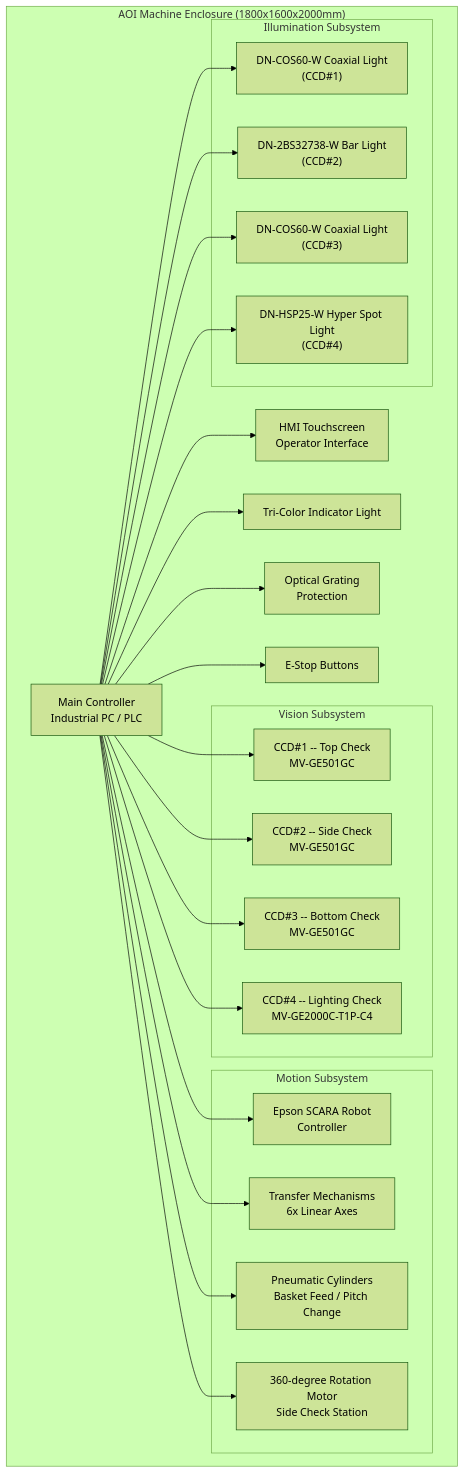
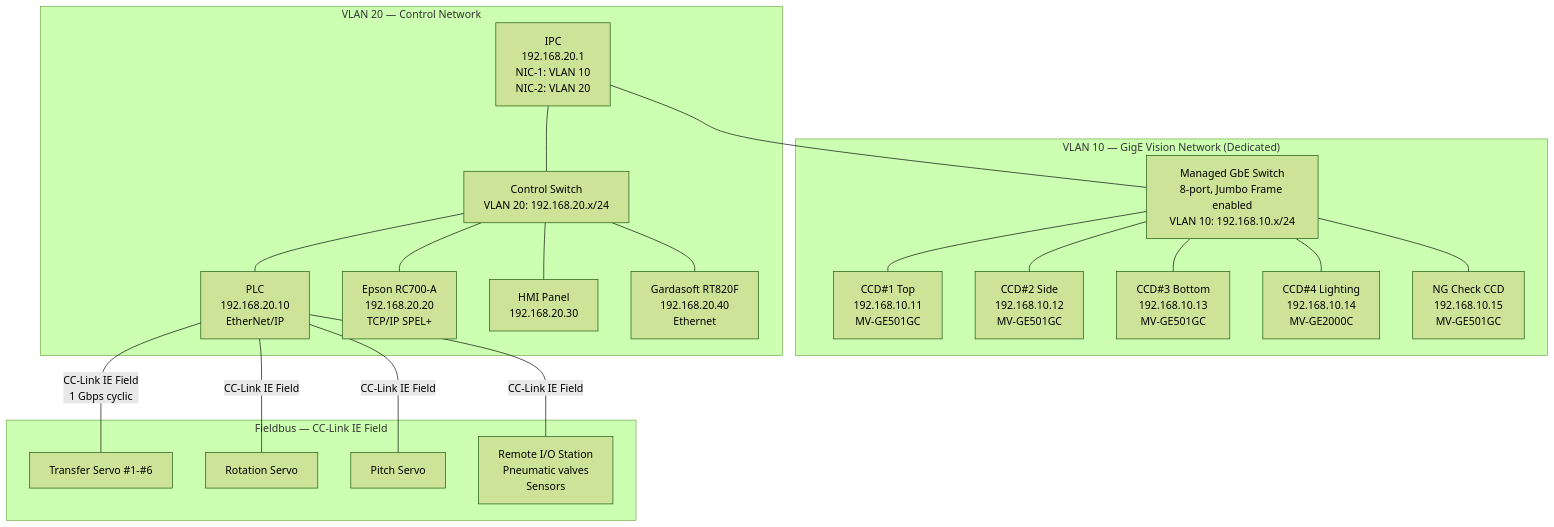
Before and after one commit to Rongxuan-Zhou/AOI-sys-for-TI: the first of 3 diagrams in docs/system-architecture.md, drawn with Mermaid (forest theme). The commit also changed other lines of this file and 4 other files, not shown here.

First line of the commit message:
feat: add architecture diagrams + deep system architecture rewrite

````diff
--- a/docs/system-architecture.md
+++ b/docs/system-architecture.md
@@ -23,49 +98,39 @@
 ```mermaid
 graph TB
-    subgraph "AOI Machine Enclosure (1800x1600x2000mm)"
-        MC[Main Controller<br/>Industrial PC / PLC]
-        
-        subgraph "Vision Subsystem"
-            CCD1["CCD#1 -- Top Check<br/>MV-GE501GC"]
-            CCD2["CCD#2 -- Side Check<br/>MV-GE501GC"]
-            CCD3["CCD#3 -- Bottom Check<br/>MV-GE501GC"]
-            CCD4["CCD#4 -- Lighting Check<br/>MV-GE2000C-T1P-C4"]
-        end
-        
-        subgraph "Motion Subsystem"
-            ROBOT["Epson SCARA Robot<br/>Controller"]
-            TR["Transfer Mechanisms<br/>6x Linear Axes"]
-            CYL["Pneumatic Cylinders<br/>Basket Feed / Pitch Change"]
-            MOT["360-degree Rotation Motor<br/>Side Check Station"]
-        end
-        
-        subgraph "Illumination Subsystem"
-            L1["DN-COS60-W Coaxial Light<br/>(CCD#1)"]
-            L2["DN-2BS32738-W Bar Light<br/>(CCD#2)"]
-            L3["DN-COS60-W Coaxial Light<br/>(CCD#3)"]
-            L4["DN-HSP25-W Hyper Spot Light<br/>(CCD#4)"]
-        end
-        
-        HMI["HMI Touchscreen<br/>Operator Interface"]
-        IND["Tri-Color Indicator Light"]
-        OGP["Optical Grating<br/>Protection"]
-        ESTOP["E-Stop Buttons"]
+    subgraph "VLAN 10 — GigE Vision Network (Dedicated)"
+        SW1["Managed GbE Switch<br/>8-port, Jumbo Frame enabled<br/>VLAN 10: 192.168.10.x/24"]
+        CCD1["CCD#1 Top<br/>192.168.10.11<br/>MV-GE501GC"]
+        CCD2["CCD#2 Side<br/>192.168.10.12<br/>MV-GE501GC"]
+        CCD3["CCD#3 Bottom<br/>192.168.10.13<br/>MV-GE501GC"]
+        CCD4["CCD#4 Lighting<br/>192.168.10.14<br/>MV-GE2000C"]
+        NGCCD["NG Check CCD<br/>192.168.10.15<br/>MV-GE501GC"]
+        SW1 --- CCD1
+        SW1 --- CCD2
+        SW1 --- CCD3
+        SW1 --- CCD4
+        SW1 --- NGCCD
     end
-    
-    MC --> CCD1
-    MC --> CCD2
-    MC --> CCD3
-    MC --> CCD4
-    MC --> ROBOT
-    MC --> TR
-    MC --> CYL
-    MC --> MOT
-    MC --> L1
-    MC --> L2
-    MC --> L3
-    MC --> L4
-    MC --> HMI
-    MC --> IND
-    MC --> OGP
-    MC --> ESTOP
+
+    subgraph "VLAN 20 — Control Network"
+        SW2["Control Switch<br/>VLAN 20: 192.168.20.x/24"]
+        IPC["IPC<br/>192.168.20.1<br/>NIC-1: VLAN 10<br/>NIC-2: VLAN 20"]
+        PLC["PLC<br/>192.168.20.10<br/>EtherNet/IP"]
+        EPSON["Epson RC700-A<br/>192.168.20.20<br/>TCP/IP SPEL+"]
+        HMI["HMI Panel<br/>192.168.20.30"]
+        LIGHT["Gardasoft RT820F<br/>192.168.20.40<br/>Ethernet"]
+        SW2 --- PLC
+        SW2 --- EPSON
+        SW2 --- HMI
+        SW2 --- LIGHT
+    end
+
+    IPC --- SW1
+    IPC --- SW2
+
+    subgraph "Fieldbus — CC-Link IE Field"
+        PLC ---|"CC-Link IE Field<br/>1 Gbps cyclic"| SERVO1["Transfer Servo #1-#6"]
+        PLC ---|"CC-Link IE Field"| SERVO2["Rotation Servo"]
+        PLC ---|"CC-Link IE Field"| SERVO3["Pitch Servo"]
+        PLC ---|"CC-Link IE Field"| RIO["Remote I/O Station<br/>Pneumatic valves<br/>Sensors"]
+    end
 ```
````
